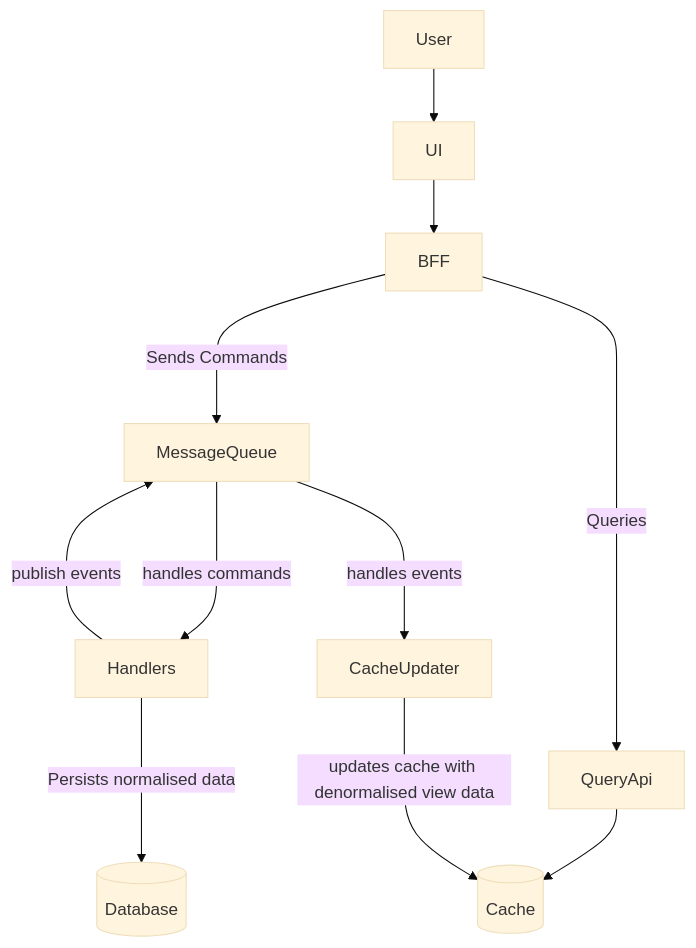
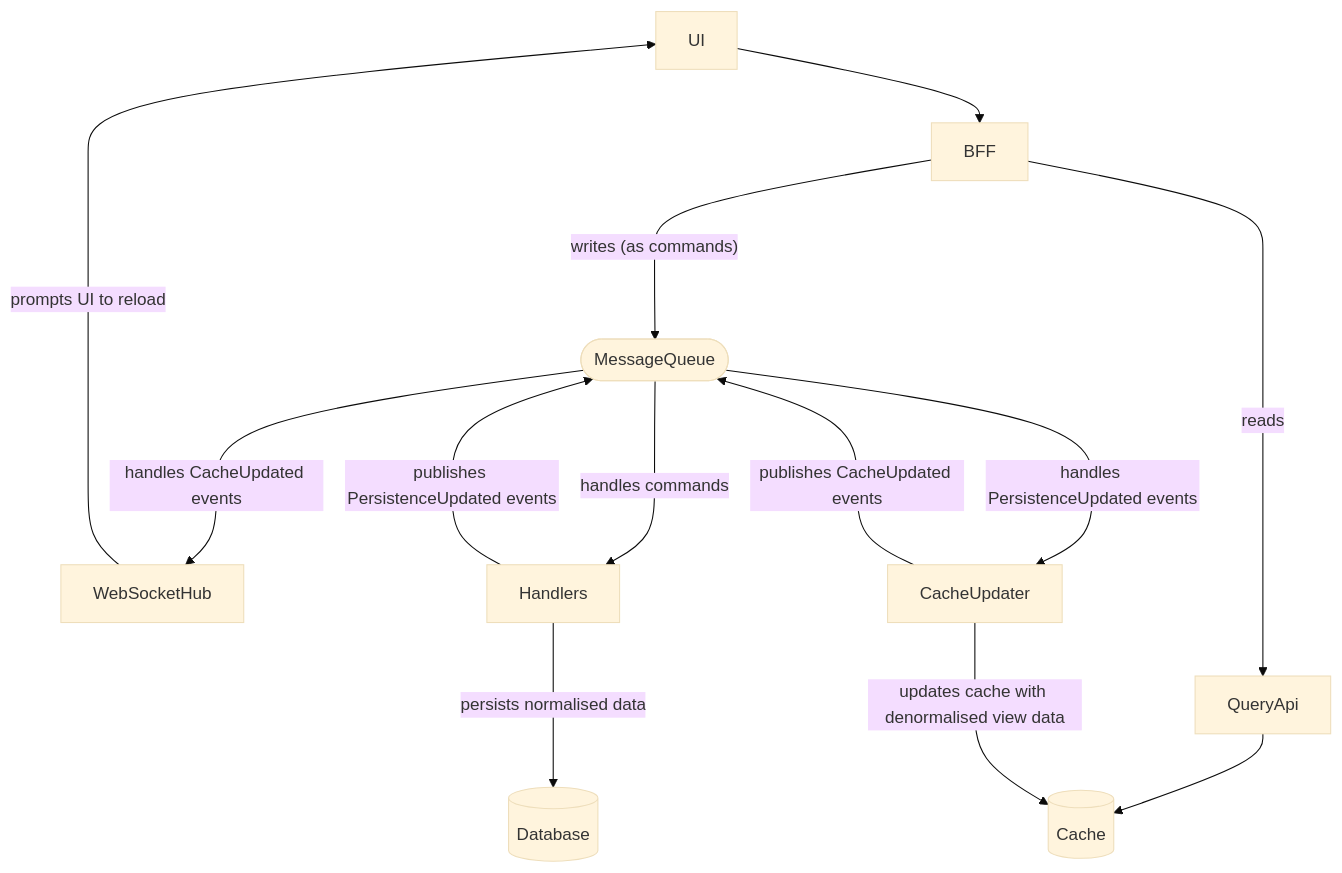
The diagram in README.md (IrrelevantElephant/cqrs-poc), drawn with Mermaid (base theme) before and after one commit.

Commit message:
chore: readme updates

````diff
--- a/README.md
+++ b/README.md
@@ -5,13 +5,15 @@
 ```mermaid
 flowchart TD;
-    User-->UI;
     UI-->BFF;
-    BFF-- Sends Commands --->MessageQueue;
-    BFF-- Queries --->QueryApi;
+    BFF-- writes (as commands) --->MessageQueue([MessageQueue]);
+    BFF-- reads --->QueryApi;
     QueryApi-->Cache[(Cache)]
+    MessageQueue-- handles CacheUpdated events --->WebSocketHub
     MessageQueue-- handles commands --->Handlers
-    Handlers-- publish events --->MessageQueue
-    MessageQueue-- handles events --->CacheUpdater
+    Handlers-- publishes PersistenceUpdated events --->MessageQueue
+    MessageQueue-- handles PersistenceUpdated events --->CacheUpdater
     CacheUpdater-- updates cache with denormalised view data --->Cache
-    Handlers-- Persists normalised data --->Database[(Database)]
+    CacheUpdater-- publishes CacheUpdated events --->MessageQueue
+    Handlers-- persists normalised data --->Database[(Database)]
+    WebSocketHub-- prompts UI to reload --->UI
 ```
````
